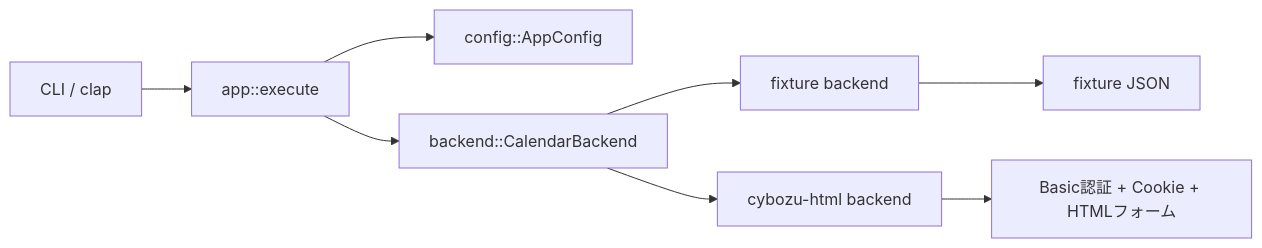
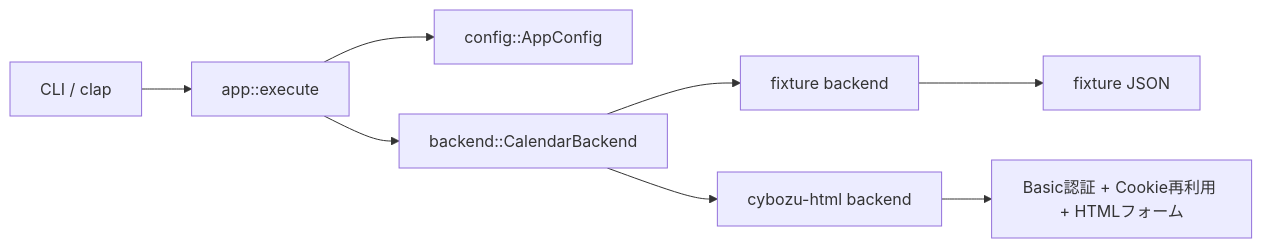
Before and after one commit to densuke/cbzcal: the diagram in docs/02-architecture.md, drawn with Mermaid. The commit also changed other lines of this file and 4 other files, not shown here.

Commit message:
Refresh docs and tidy events command flow

````diff
--- a/docs/02-architecture.md
+++ b/docs/02-architecture.md
@@ -10,10 +10,10 @@
 ```mermaid
 flowchart LR
     CLI[CLI / clap] --> APP[app::execute]
     APP --> CFG[config::AppConfig]
     APP --> BE[backend::CalendarBackend]
     BE --> FIX[fixture backend]
     BE --> CYB[cybozu-html backend]
     FIX --> JSON[fixture JSON]
-    CYB --> HTTP[Basic認証 + Cookie + HTMLフォーム]
+    CYB --> HTTP[Basic認証 + Cookie再利用 + HTMLフォーム]
 ```
````
